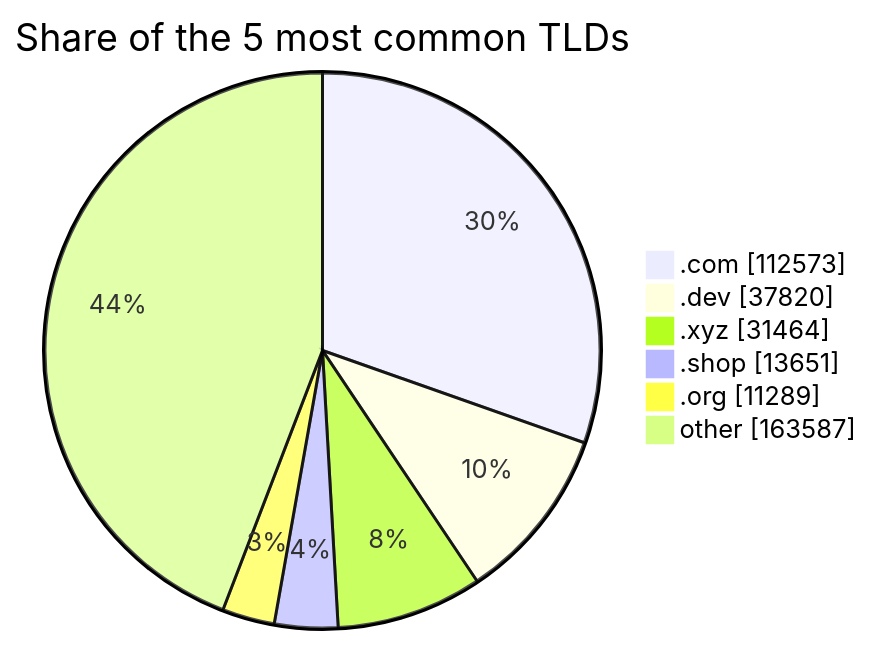
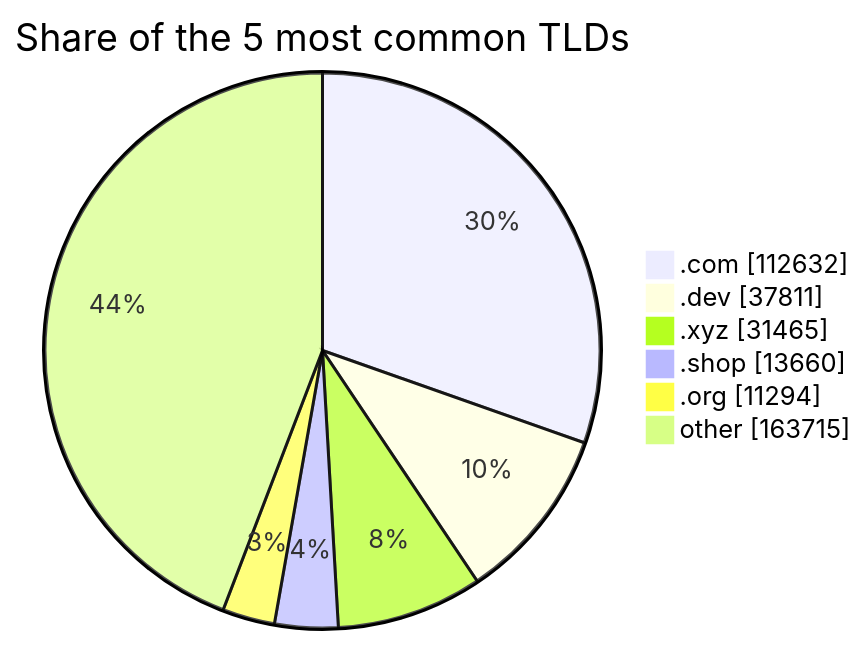
One commit to DNSBunker/CTI changed the third of 3 diagrams in README.md. Above: the diagram before and after it, drawn with Mermaid. The commit also changed other lines of this file and 3 other files, not shown here.

````diff
--- a/README.md
+++ b/README.md
@@ -81,9 +81,9 @@
 ```mermaid
 pie showData title Share of the 5 most common TLDs
-    ".com" : 112573
-    ".dev" : 37820
-    ".xyz" : 31464
-    ".shop" : 13651
-    ".org" : 11289
-    "other" : 163587
+    ".com" : 112632
+    ".dev" : 37811
+    ".xyz" : 31465
+    ".shop" : 13660
+    ".org" : 11294
+    "other" : 163715
 ```
````
